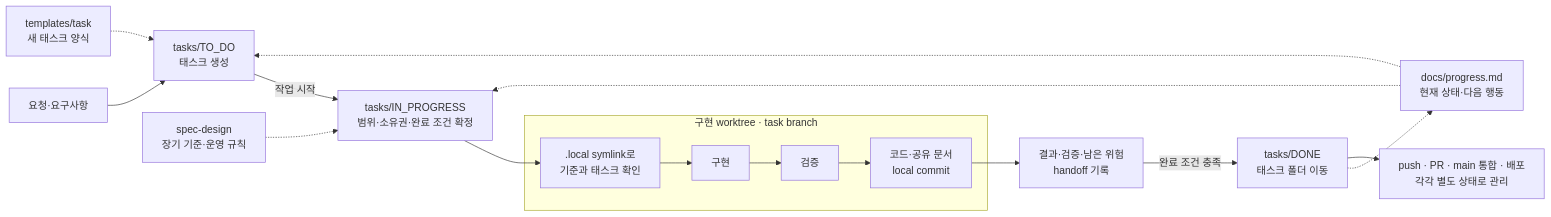
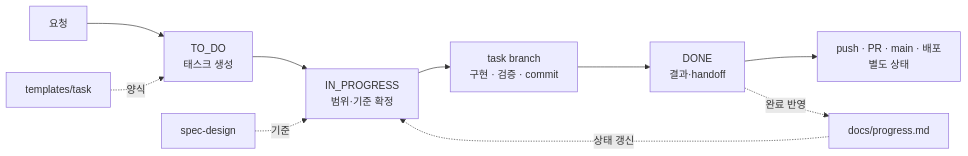
Before and after one commit to fliklab/agent-taskflow-template: the first of 2 diagrams in README.md, drawn with Mermaid. The commit also changed other lines of this file, not shown here.

Commit message:
docs(readme): simplify local workflow diagrams

````diff
--- a/README.md
+++ b/README.md
@@ -13,22 +13,13 @@
 ```mermaid
 flowchart LR
-    Request["요청·요구사항"] --> Todo["tasks/TO_DO<br/>태스크 생성"]
-    Todo -->|작업 시작| Active["tasks/IN_PROGRESS<br/>범위·소유권·완료 조건 확정"]
+    Request["요청"] --> Todo["TO_DO<br/>태스크 생성"]
+    Todo --> Active["IN_PROGRESS<br/>범위·기준 확정"]
+    Active --> Work["task branch<br/>구현 · 검증 · commit"]
+    Work --> Done["DONE<br/>결과·handoff"]
+    Done --> Remote["push · PR · main · 배포<br/>별도 상태"]
 
-    subgraph TaskWorktree["구현 worktree · task branch"]
-        Read[".local symlink로<br/>기준과 태스크 확인"] --> Implement["구현"]
-        Implement --> Verify["검증"]
-        Verify --> Commit["코드·공유 문서<br/>local commit"]
-    end
-
-    Active --> Read
-    Commit --> Handoff["결과·검증·남은 위험<br/>handoff 기록"]
-    Handoff -->|완료 조건 충족| Done["tasks/DONE<br/>태스크 폴더 이동"]
-
-    Templates["templates/task<br/>새 태스크 양식"] -.-> Todo
-    Standards["spec-design<br/>장기 기준·운영 규칙"] -.-> Active
-    Progress["docs/progress.md<br/>현재 상태·다음 행동"] -.-> Todo
-    Progress -.-> Active
-    Done -.-> Progress
-    Done --> Remote["push · PR · main 통합 · 배포<br/>각각 별도 상태로 관리"]
+    Templates["templates/task"] -. 양식 .-> Todo
+    Standards["spec-design"] -. 기준 .-> Active
+    Progress["docs/progress.md"] -. 상태 갱신 .-> Active
+    Done -. 완료 반영 .-> Progress
 ```
````
